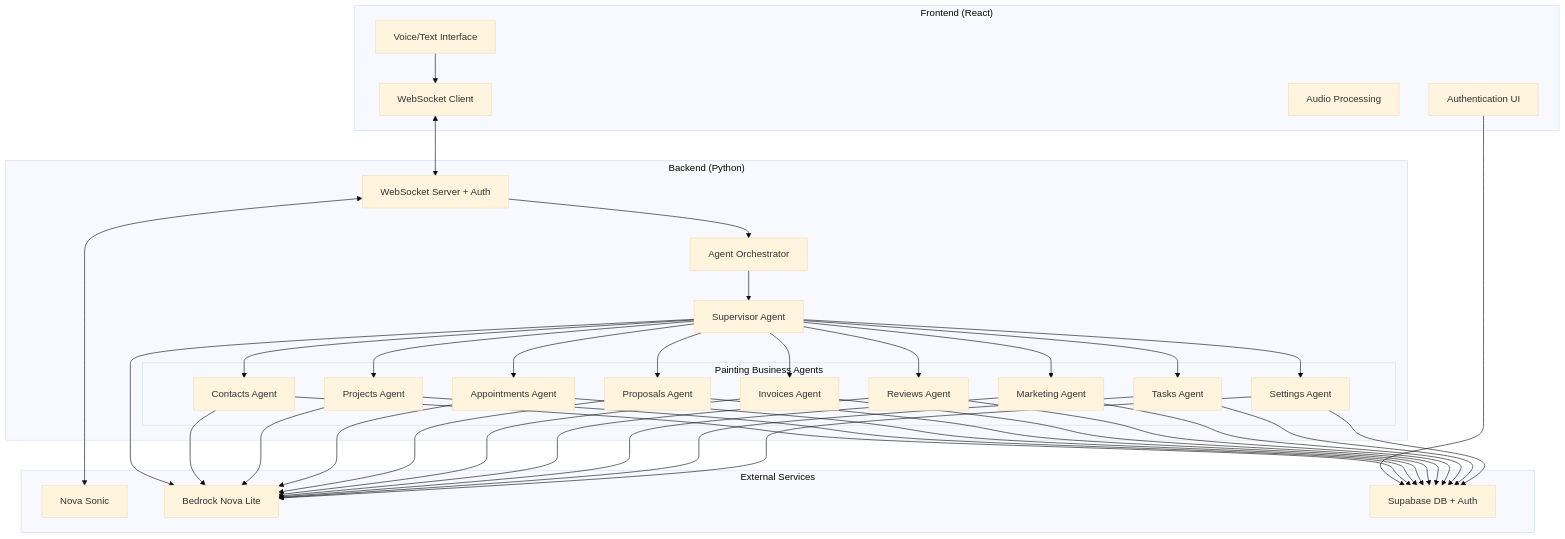
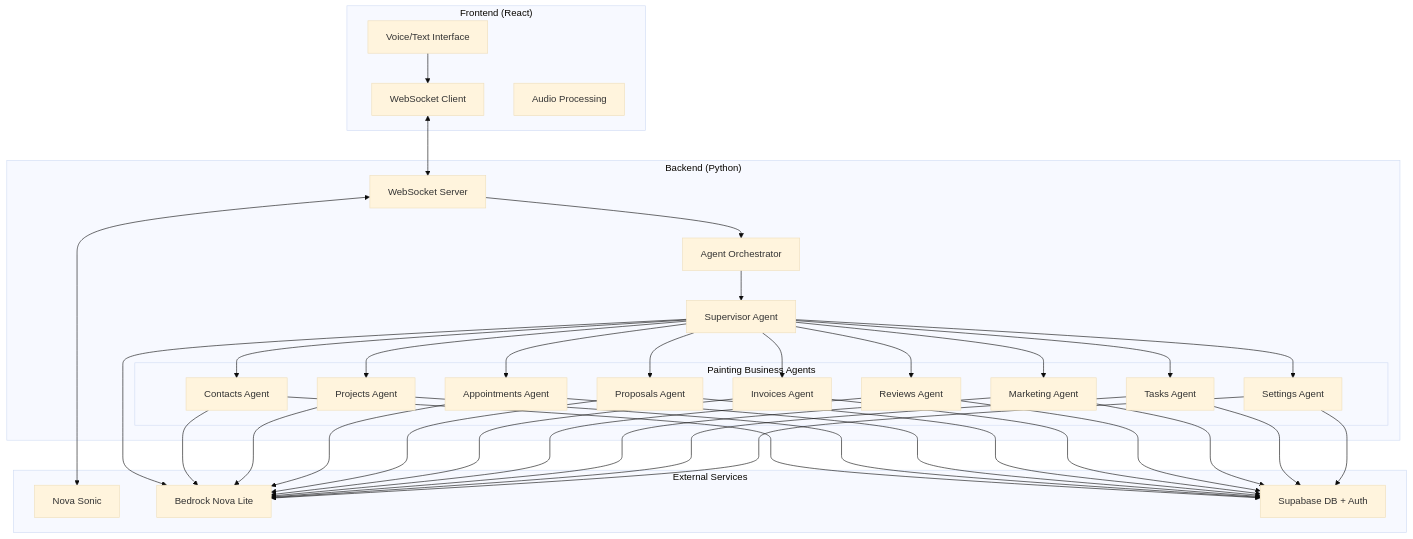
One commit to ProgrammingPete/sample-aws-strands-nova-voice-assistant changed the diagram in .kiro/specs/voice-business-agent-spec/design.md. Above: the diagram before and after it, drawn with Mermaid (base theme). The commit also changed other lines of this file and 5 other files, not shown here.

````diff
--- a/.kiro/specs/voice-business-agent-spec/design.md
+++ b/.kiro/specs/voice-business-agent-spec/design.md
@@ -18,70 +18,68 @@
 ```mermaid
 graph TB
     subgraph "Frontend (React)"
         UI[Voice/Text Interface]
         WS_CLIENT[WebSocket Client]
         AUDIO[Audio Processing]
-        AUTH_UI[Authentication UI]
     end
     
     subgraph "Backend (Python)"
-        WS_SERVER[WebSocket Server + Auth]
+        WS_SERVER[WebSocket Server]
         ORCHESTRATOR[Agent Orchestrator]
         SUPERVISOR[Supervisor Agent]
         
         subgraph "Painting Business Agents"
             CONTACTS[Contacts Agent]
             PROJECTS[Projects Agent]
             APPOINTMENTS[Appointments Agent]
             PROPOSALS[Proposals Agent]
             INVOICES[Invoices Agent]
             REVIEWS[Reviews Agent]
             MARKETING[Marketing Agent]
             TASKS[Tasks Agent]
             SETTINGS[Settings Agent]
         end
     end
     
     subgraph "External Services"
         NOVA[Nova Sonic]
         BEDROCK[Bedrock Nova Lite]
         SUPABASE[Supabase DB + Auth]
     end
     
-    AUTH_UI --> SUPABASE
     UI --> WS_CLIENT
     WS_CLIENT <--> WS_SERVER
     WS_SERVER --> ORCHESTRATOR
     ORCHESTRATOR --> SUPERVISOR
     SUPERVISOR --> CONTACTS
     SUPERVISOR --> PROJECTS
     SUPERVISOR --> APPOINTMENTS
     SUPERVISOR --> PROPOSALS
     SUPERVISOR --> INVOICES
     SUPERVISOR --> REVIEWS
     SUPERVISOR --> MARKETING
     SUPERVISOR --> TASKS
     SUPERVISOR --> SETTINGS
     
     WS_SERVER <--> NOVA
     SUPERVISOR --> BEDROCK
     CONTACTS --> BEDROCK
     PROJECTS --> BEDROCK
     APPOINTMENTS --> BEDROCK
     PROPOSALS --> BEDROCK
     INVOICES --> BEDROCK
     REVIEWS --> BEDROCK
     MARKETING --> BEDROCK
     TASKS --> BEDROCK
     SETTINGS --> BEDROCK
     
     CONTACTS --> SUPABASE
     PROJECTS --> SUPABASE
     APPOINTMENTS --> SUPABASE
     PROPOSALS --> SUPABASE
     INVOICES --> SUPABASE
     REVIEWS --> SUPABASE
     MARKETING --> SUPABASE
     TASKS --> SUPABASE
     SETTINGS --> SUPABASE
 ```
````
